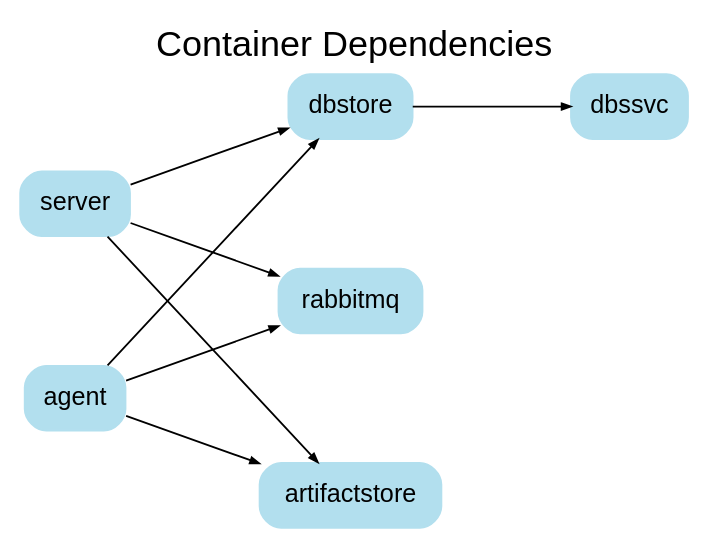
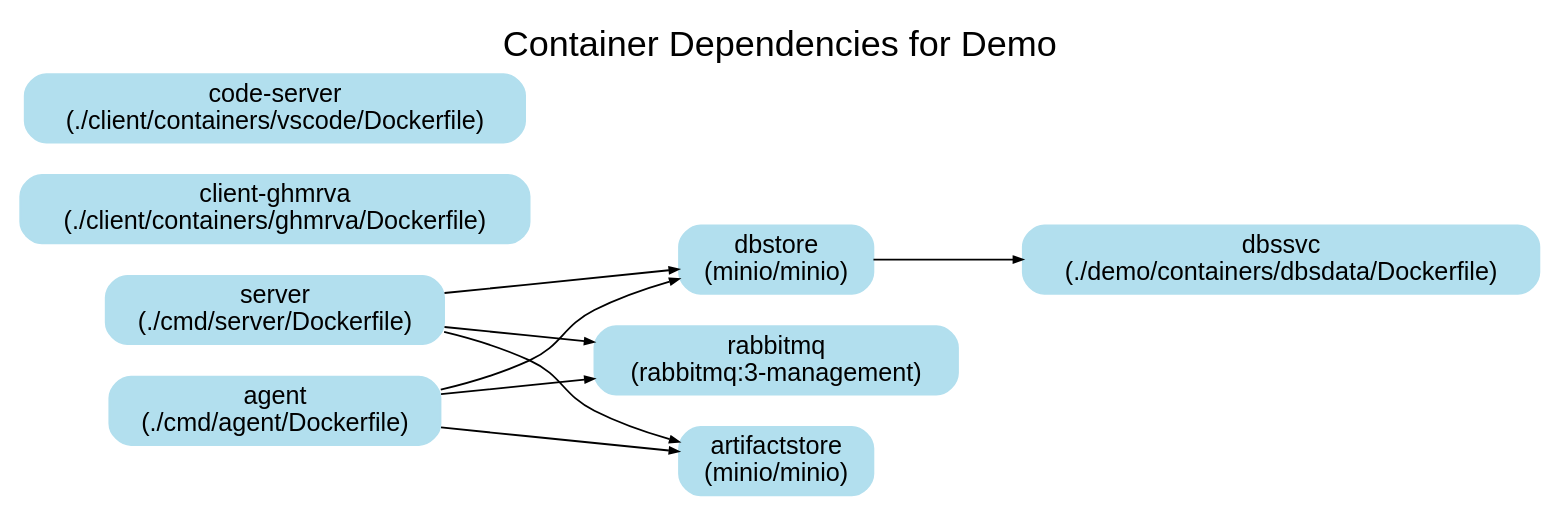
Before and after one commit to hohn/mrvacommander: the diagram in notes/system-structure.dot, drawn with Graphviz.

Commit message:
better diagram

```diff
--- a/notes/system-structure.dot
+++ b/notes/system-structure.dot
@@ -1,32 +1,30 @@
-digraph DockerCompose {
+digraph DockerComposeDemo {
     rankdir=LR; // Left-to-right layout
     node [shape=box style="rounded,filled" color=lightblue2 fontname="Helvetica"];
     edge [arrowsize=0.5];
     
     // Title
-    label="Container Dependencies";
+    label="Container Dependencies for Demo";
     labelloc=top;
     fontsize=20;
     fontname="Helvetica";
 
-    // Increase spacing between nodes
-    nodesep=1.0;
-    ranksep=1.0;
+    // Define nodes
+    dbssvc [label="dbssvc\n(./demo/containers/dbsdata/Dockerfile)"];
+    dbstore [label="dbstore\n(minio/minio)"];
+    client_ghmrva [label="client-ghmrva\n(./client/containers/ghmrva/Dockerfile)"];
+    code_server [label="code-server\n(./client/containers/vscode/Dockerfile)"];
+    rabbitmq [label="rabbitmq\n(rabbitmq:3-management)"];
+    server [label="server\n(./cmd/server/Dockerfile)"];
+    artifactstore [label="artifactstore\n(minio/minio)"];
+    agent [label="agent\n(./cmd/agent/Dockerfile)"];
 
-    // Define nodes
-    dbssvc [label="dbssvc"];
-    dbstore [label="dbstore"];
-    rabbitmq [label="rabbitmq"];
-    server [label="server"];
-    artifactstore [label="artifactstore"];
-    agent [label="agent"];
-
-    // Define edges (reversed directions)
+    // Define edges (dependencies)
     dbstore -> dbssvc;
     server -> dbstore;
     server -> rabbitmq;
     server -> artifactstore;
     agent -> dbstore;
     agent -> artifactstore;
     agent -> rabbitmq;
 }
```
